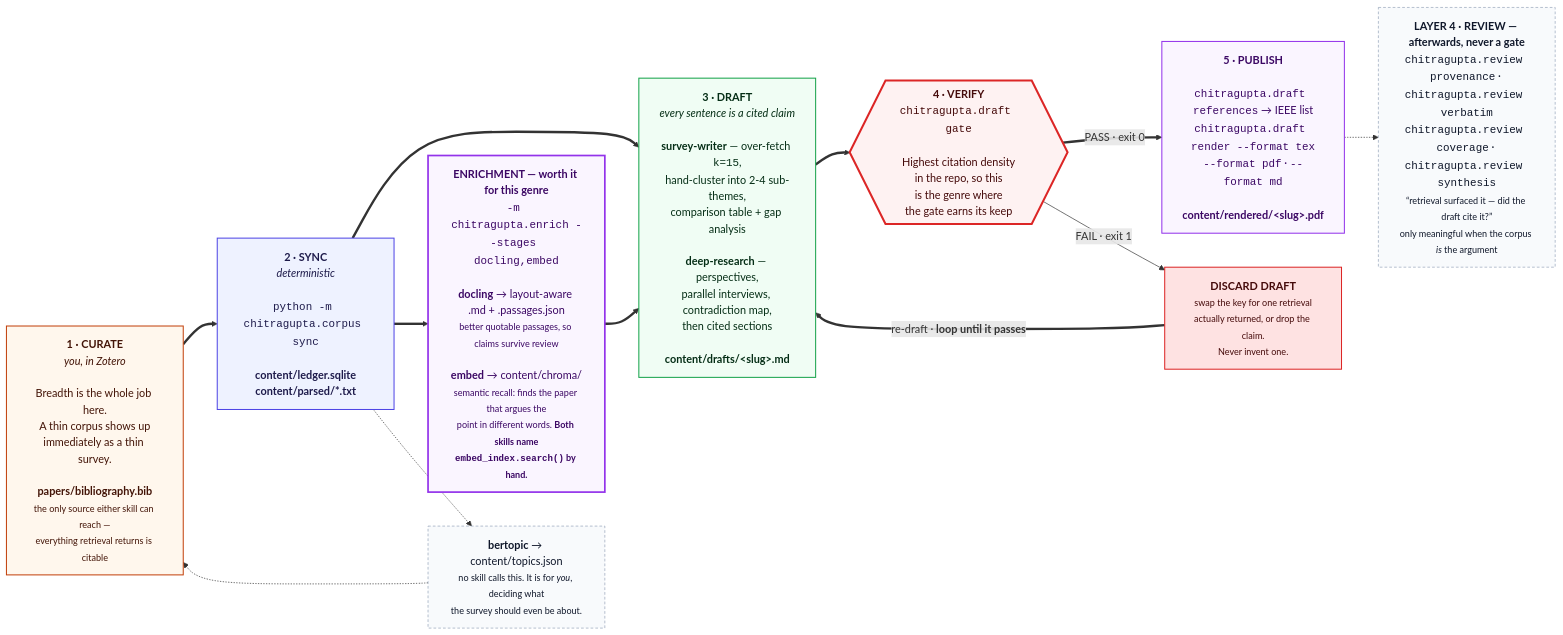
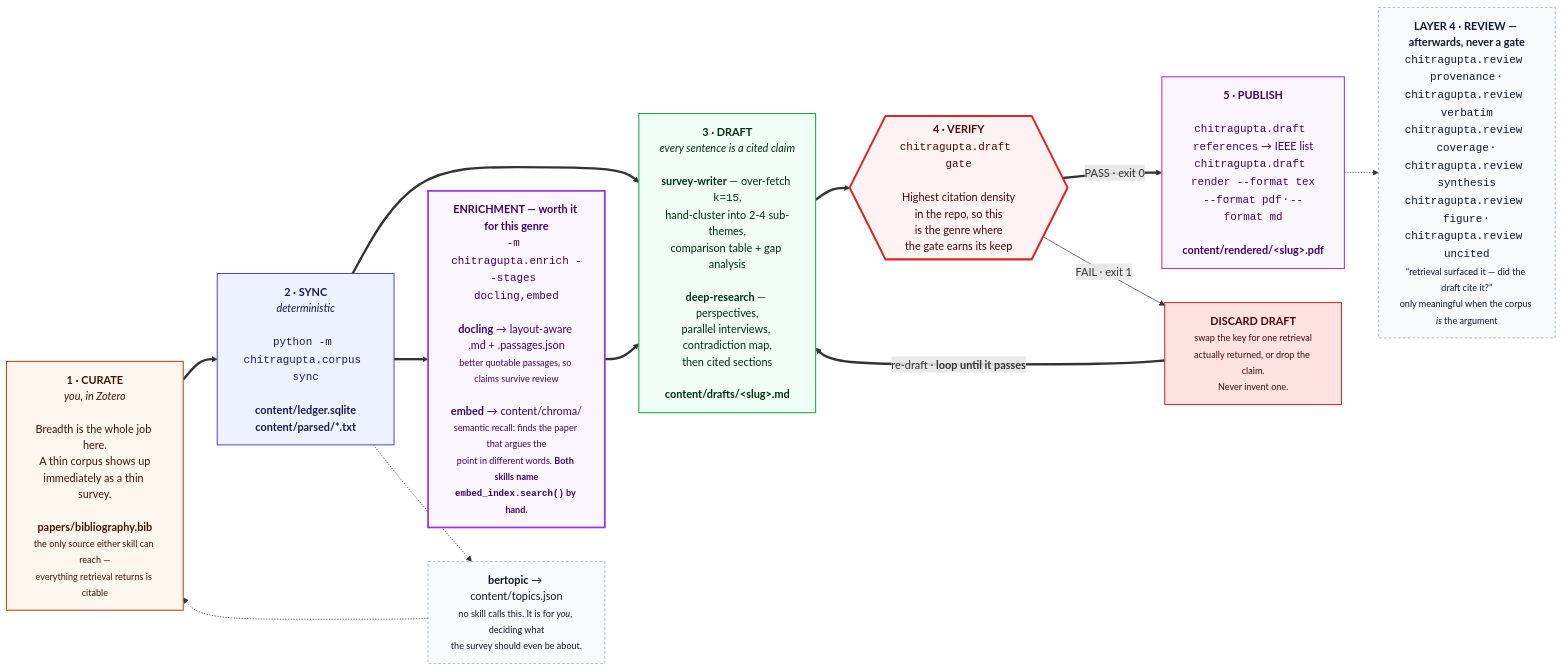
The seventh of 11 diagrams in docs/DIAGRAMS.md (prasadtalasila/chitragupta), drawn with Mermaid before and after one commit. The commit also changed other lines of this file and 26 other files, not shown here.

First line of the commit message:
Give the review layer and the dossier their own pages, and pin three drifting doc lists (#349)

````diff
--- a/docs/DIAGRAMS.md
+++ b/docs/DIAGRAMS.md
@@ -634,47 +636,47 @@
 ```mermaid
 flowchart LR
 
   P0["<b>1 · CURATE</b><br/><i>you, in Zotero</i><br/><br/>Breadth is the whole job here.<br/>A thin corpus shows up<br/>immediately as a thin survey.<br/><br/><b>papers/bibliography.bib</b><br/><small>the only source either skill can reach —<br/>everything retrieval returns is citable</small>"]
 
   P1["<b>2 · SYNC</b><br/><i>deterministic</i><br/><br/><code>python -m chitragupta.corpus sync</code><br/><br/><b>content/ledger.sqlite</b><br/><b>content/parsed/*.txt</b>"]
 
   HEAVY["<b>ENRICHMENT — worth it for this genre</b><br/><code>-m chitragupta.enrich --stages docling,embed</code><br/><br/><b>docling</b> → layout-aware .md + .passages.json<br/><small>better quotable passages, so claims survive review</small><br/><br/><b>embed</b> → content/chroma/<br/><small>semantic recall: finds the paper that argues the<br/>point in different words. <b>Both skills name<br/><code>embed_index.search()</code> by hand.</b></small>"]
 
   P2["<b>3 · DRAFT</b><br/><i>every sentence is a cited claim</i><br/><br/><b>survey-writer</b> — over-fetch <code>k=15</code>,<br/>hand-cluster into 2-4 sub-themes,<br/>comparison table + gap analysis<br/><br/><b>deep-research</b> — perspectives,<br/>parallel interviews, contradiction map,<br/>then cited sections<br/><br/><b>content/drafts/&lt;slug&gt;.md</b>"]
 
   P3{{"<b>4 · VERIFY</b><br/><code>chitragupta.draft gate</code><br/><br/>Highest citation density<br/>in the repo, so this<br/>is the genre where<br/>the gate earns its keep"}}
 
   FIX["<b>DISCARD DRAFT</b><br/><small>swap the key for one retrieval<br/>actually returned, or drop the claim.<br/>Never invent one.</small>"]
 
   P4["<b>5 · PUBLISH</b><br/><br/><code>chitragupta.draft references</code> → IEEE list<br/><code>chitragupta.draft render --format tex</code><br/><code>--format pdf</code> · <code>--format md</code><br/><br/><b>content/rendered/&lt;slug&gt;.pdf</b>"]
 
-  AID["<b>LAYER 4 · REVIEW — afterwards, never a gate</b><br/><code>chitragupta.review provenance</code> · <code>chitragupta.review verbatim</code><br/><code>chitragupta.review coverage</code> · <code>chitragupta.review synthesis</code><br/><small>“retrieval surfaced it — did the draft cite it?”<br/>only meaningful when the corpus <i>is</i> the argument</small>"]
+  AID["<b>LAYER 4 · REVIEW — afterwards, never a gate</b><br/><code>chitragupta.review provenance</code> · <code>chitragupta.review verbatim</code><br/><code>chitragupta.review coverage</code> · <code>chitragupta.review synthesis</code><br/><code>chitragupta.review figure</code> · <code>chitragupta.review uncited</code><br/><small>“retrieval surfaced it — did the draft cite it?”<br/>only meaningful when the corpus <i>is</i> the argument</small>"]
 
   BERT["<b>bertopic</b> → content/topics.json<br/><small>no skill calls this. It is for <i>you</i>, deciding what<br/>the survey should even be about.</small>"]
 
   P0 ==> P1 ==> P2 ==> P3
   P1 ==> HEAVY ==> P2
   P3 == "PASS · exit 0" ==> P4
   P3 -- "FAIL · exit 1" --> FIX
   FIX == "re-draft · <b>loop until it passes</b>" ==> P2
   P4 -.-> AID
   P1 -.-> BERT -.-> P0
 
   classDef you fill:#fff7ed,stroke:#c2410c,stroke-width:1.5px,color:#431407
   classDef det fill:#eef2ff,stroke:#4f46e5,stroke-width:1.5px,color:#1e1b4b
   classDef gen fill:#f0fdf4,stroke:#16a34a,stroke-width:1.5px,color:#052e16
   classDef gate fill:#fef2f2,stroke:#dc2626,stroke-width:3px,color:#450a0a
   classDef out fill:#faf5ff,stroke:#9333ea,stroke-width:1.5px,color:#3b0764
   classDef bad fill:#fee2e2,stroke:#dc2626,stroke-width:1.5px,color:#450a0a
   classDef heavy fill:#faf5ff,stroke:#9333ea,stroke-width:2.5px,color:#3b0764
   classDef aid fill:#f8fafc,stroke:#94a3b8,stroke-dasharray:4 3,color:#0f172a
 
   class P0 you
   class P1 det
   class P2 gen
   class P3 gate
   class P4 out
   class FIX bad
   class HEAVY heavy
   class AID,BERT aid
 ```
````
